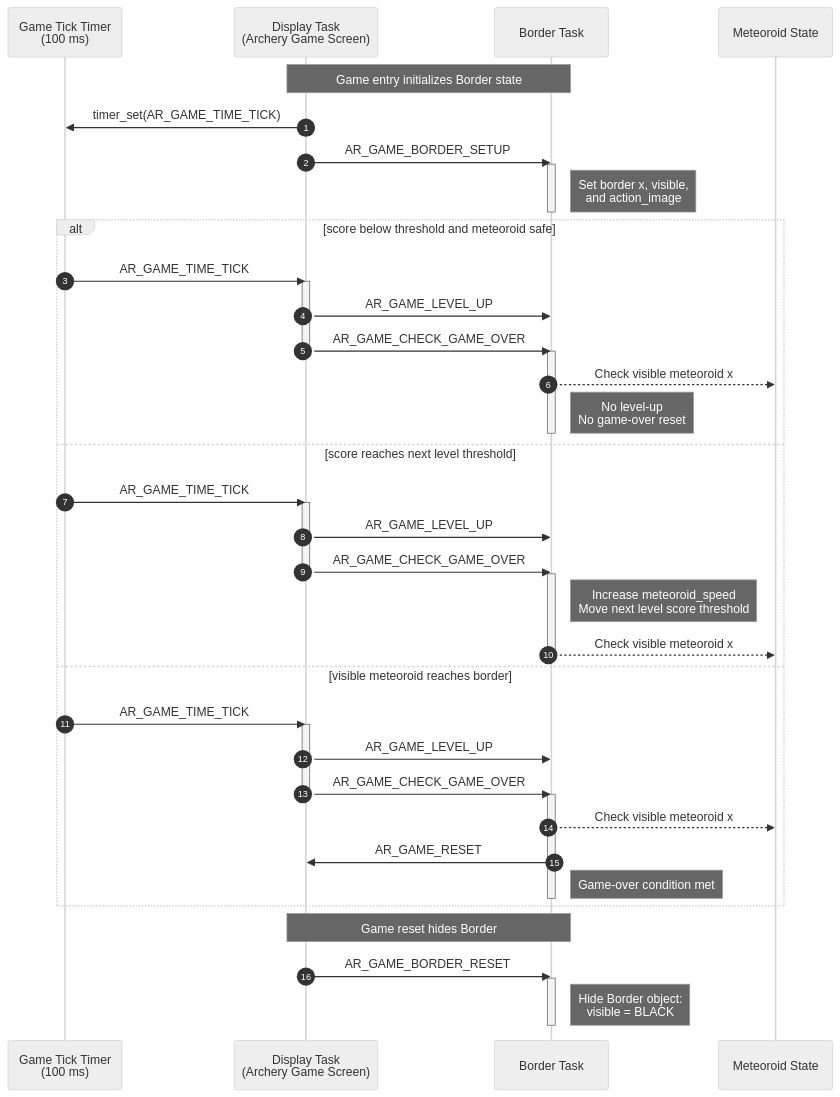
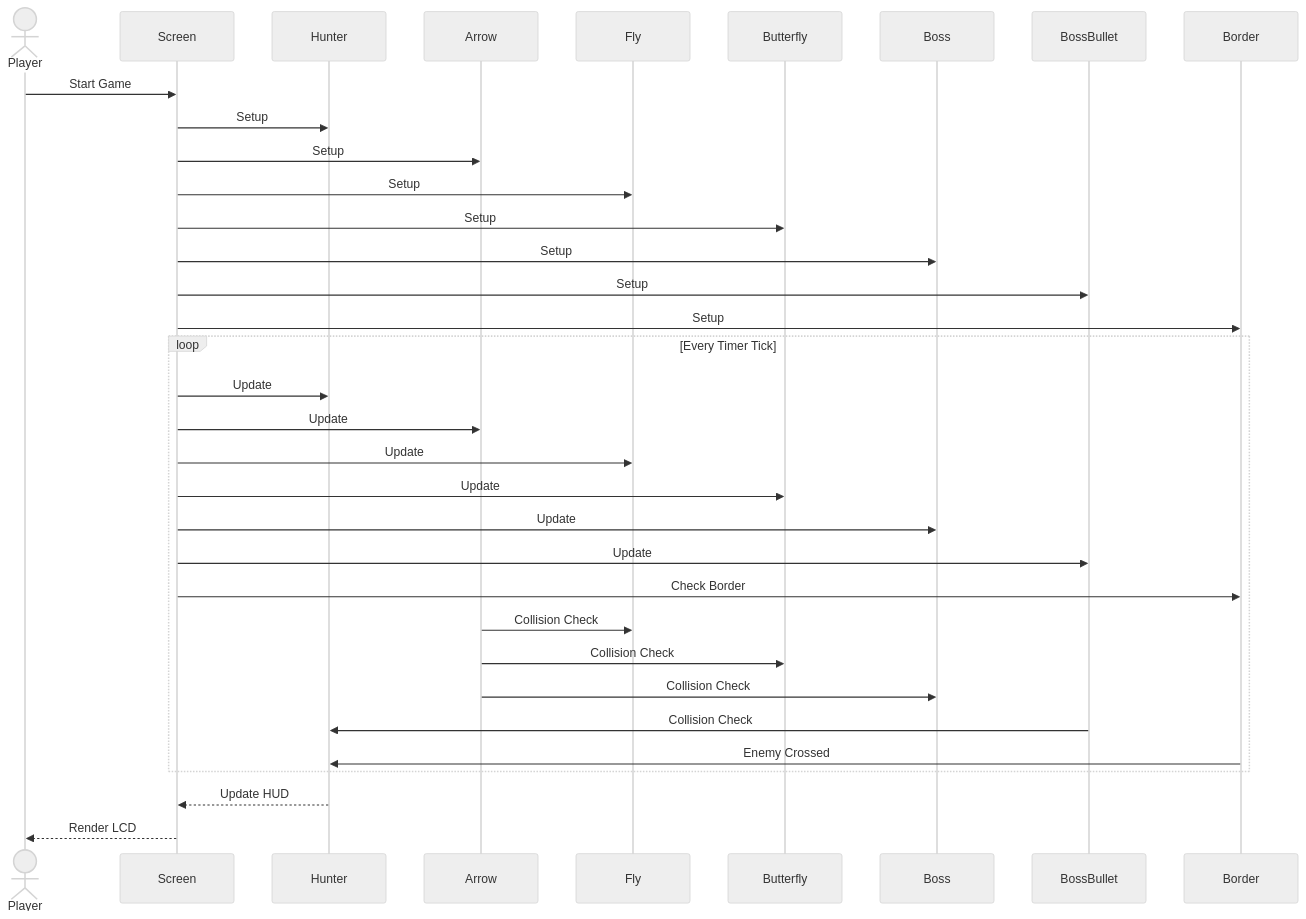
The first of 2 diagrams in docs/04-design-sequence-runtime.md (PhanVanTranh/Fly_Hunter_Game), drawn with Mermaid (neutral theme) before and after one commit. The commit also changed other lines of this file, not shown here.

First line of the commit message:
Revise design sequence for Fly Hunter Game runtime

````diff
--- a/docs/04-design-sequence-runtime.md
+++ b/docs/04-design-sequence-runtime.md
@@ -238,56 +128,56 @@
 ```mermaid
 sequenceDiagram
-    autonumber
-    participant Timer as Game Tick Timer<br/>(100 ms)
-    participant Screen as Display Task<br/>(Archery Game Screen)
-    participant Border as Border Task
-    participant Meteoroid as Meteoroid State
 
-    Note over Screen,Border: Game entry initializes Border state
+actor Player
 
-    Screen->>Timer: timer_set(AR_GAME_TIME_TICK)
-    Screen->>Border: AR_GAME_BORDER_SETUP
-    activate Border
-    Note right of Border: Set border x, visible,<br/>and action_image
-    deactivate Border
+participant Screen
+participant Hunter
+participant Arrow
+participant Fly
+participant Butterfly
+participant Boss
+participant BossBullet
+participant Border
 
-    alt score below threshold and meteoroid safe
-        Timer->>Screen: AR_GAME_TIME_TICK
-        activate Screen
-        Screen->>Border: AR_GAME_LEVEL_UP
-        Screen->>Border: AR_GAME_CHECK_GAME_OVER
-        deactivate Screen
-        activate Border
-        Border-->>Meteoroid: Check visible meteoroid x
-        Note right of Border: No level-up<br/>No game-over reset
-        deactivate Border
-    else score reaches next level threshold
-        Timer->>Screen: AR_GAME_TIME_TICK
-        activate Screen
-        Screen->>Border: AR_GAME_LEVEL_UP
-        Screen->>Border: AR_GAME_CHECK_GAME_OVER
-        deactivate Screen
-        activate Border
-        Note right of Border: Increase meteoroid_speed<br/>Move next level score threshold
-        Border-->>Meteoroid: Check visible meteoroid x
-        deactivate Border
-    else visible meteoroid reaches border
-        Timer->>Screen: AR_GAME_TIME_TICK
-        activate Screen
-        Screen->>Border: AR_GAME_LEVEL_UP
-        Screen->>Border: AR_GAME_CHECK_GAME_OVER
-        deactivate Screen
-        activate Border
-        Border-->>Meteoroid: Check visible meteoroid x
-        Border->>Screen: AR_GAME_RESET
-        Note right of Border: Game-over condition met
-        deactivate Border
-    end
+Player->>Screen: Start Game
 
-    Note over Screen,Border: Game reset hides Border
+Screen->>Hunter: Setup
+Screen->>Arrow: Setup
+Screen->>Fly: Setup
+Screen->>Butterfly: Setup
+Screen->>Boss: Setup
+Screen->>BossBullet: Setup
+Screen->>Border: Setup
 
-    Screen->>Border: AR_GAME_BORDER_RESET
-    activate Border
-    Note right of Border: Hide Border object:<br/>visible = BLACK
-    deactivate Border
+loop Every Timer Tick
+
+Screen->>Hunter: Update
+
+Screen->>Arrow: Update
+
+Screen->>Fly: Update
+
+Screen->>Butterfly: Update
+
+Screen->>Boss: Update
+
+Screen->>BossBullet: Update
+
+Screen->>Border: Check Border
+
+Arrow->>Fly: Collision Check
+
+Arrow->>Butterfly: Collision Check
+
+Arrow->>Boss: Collision Check
+
+BossBullet->>Hunter: Collision Check
+
+Border->>Hunter: Enemy Crossed
+
+end
+
+Hunter-->>Screen: Update HUD
+
+Screen-->>Player: Render LCD
 ```
````
